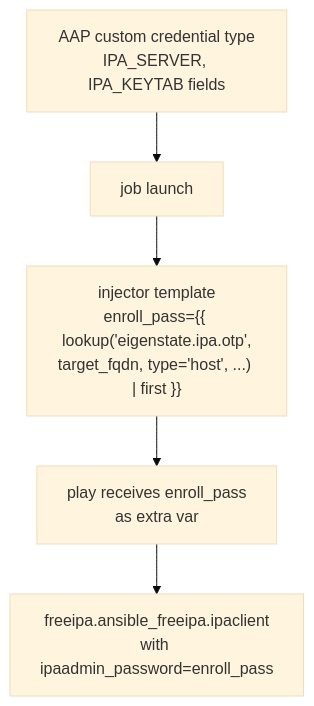
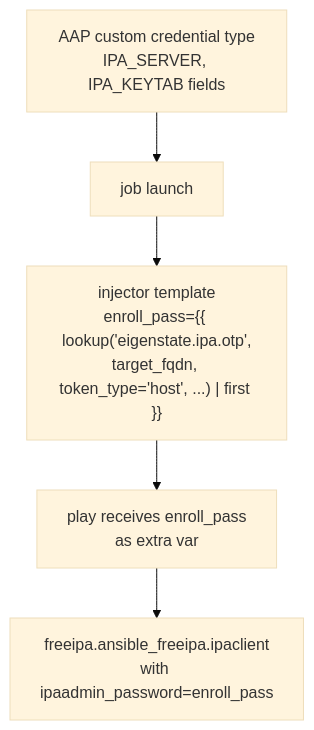
Before and after one commit to gprocunier/eigenstate-ipa: the ninth of 10 diagrams in docs/otp-capabilities.md, drawn with Mermaid (base theme). The commit also changed other lines of this file and 14 other files, not shown here.

````diff
--- a/docs/otp-capabilities.md
+++ b/docs/otp-capabilities.md
@@ -230,7 +230,7 @@
 ```mermaid
 flowchart TD
     cred_type["AAP custom credential type\nIPA_SERVER, IPA_KEYTAB fields"] --> launch["job launch"]
-    launch --> injector["injector template\nenroll_pass={{ lookup('eigenstate.ipa.otp',\ntarget_fqdn, type='host', ...) | first }}"]
+    launch --> injector["injector template\nenroll_pass={{ lookup('eigenstate.ipa.otp',\ntarget_fqdn, token_type='host', ...) | first }}"]
     injector --> play["play receives enroll_pass\nas extra var"]
     play --> ipaclient["freeipa.ansible_freeipa.ipaclient\nwith ipaadmin_password=enroll_pass"]
 ```
````
